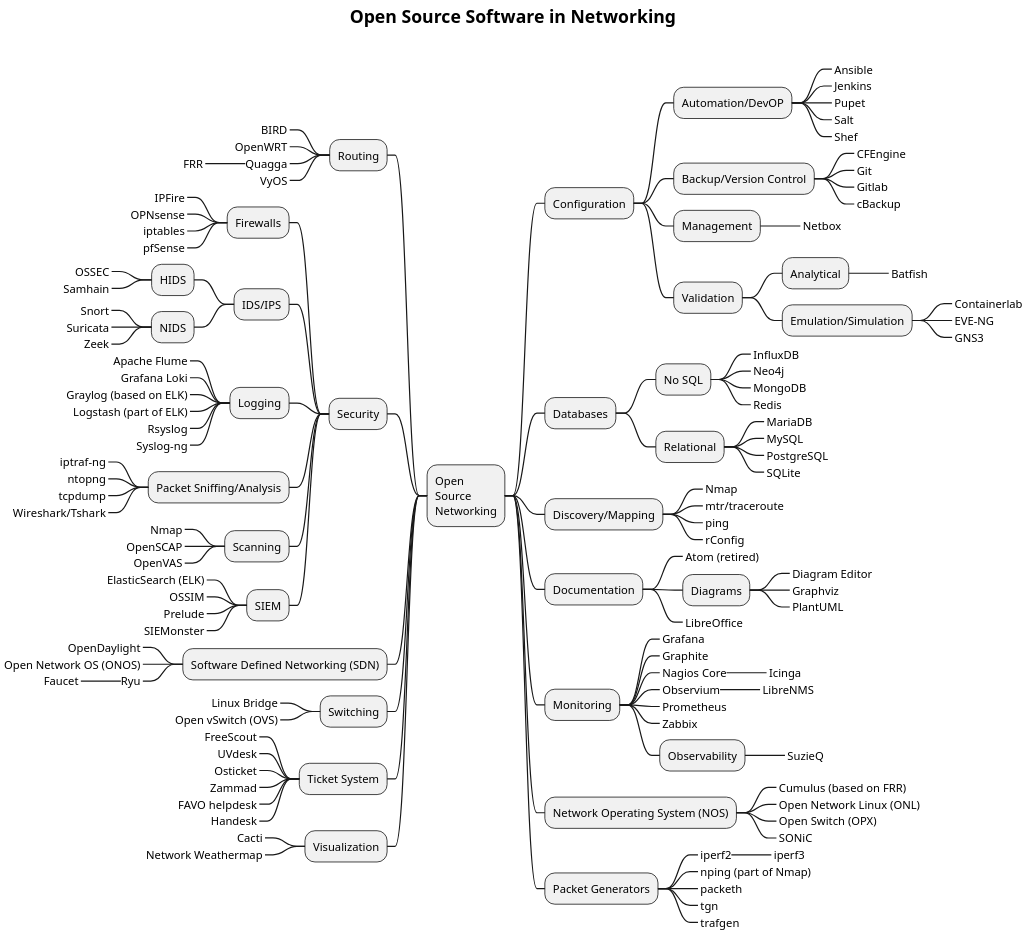
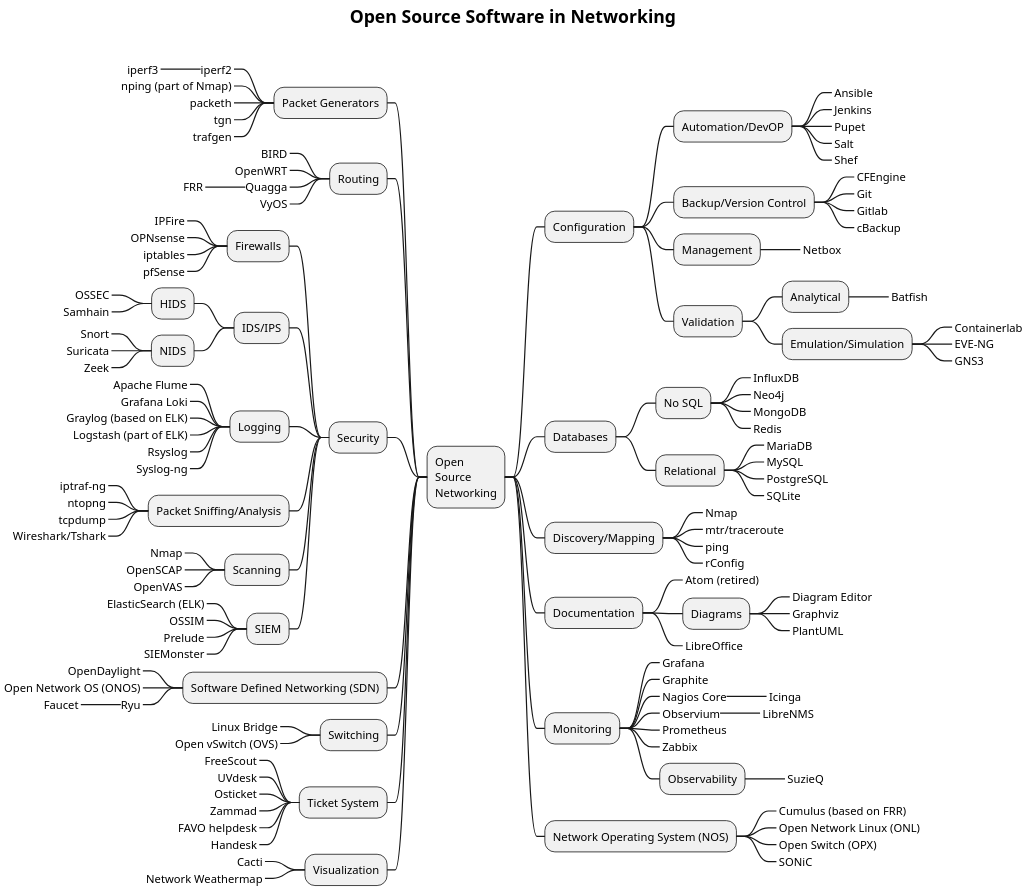
The diagram in OpenSourceMindMap.md (martimy/Open-Source-Networking), drawn with PlantUML before and after one commit. The commit also changed other lines of this file and 1 other file, not shown here.

```diff
--- a/OpenSourceMindMap.md
+++ b/OpenSourceMindMap.md
@@ -94,6 +94,7 @@
 ***_ SONiC
 
 
+left side
 
 ** Packet Generators
 ***_ iperf2
@@ -103,7 +104,6 @@
 ***_ tgn
 ***_ trafgen
 
-left side
 
 ** Routing
 ***_ BIRD
```
